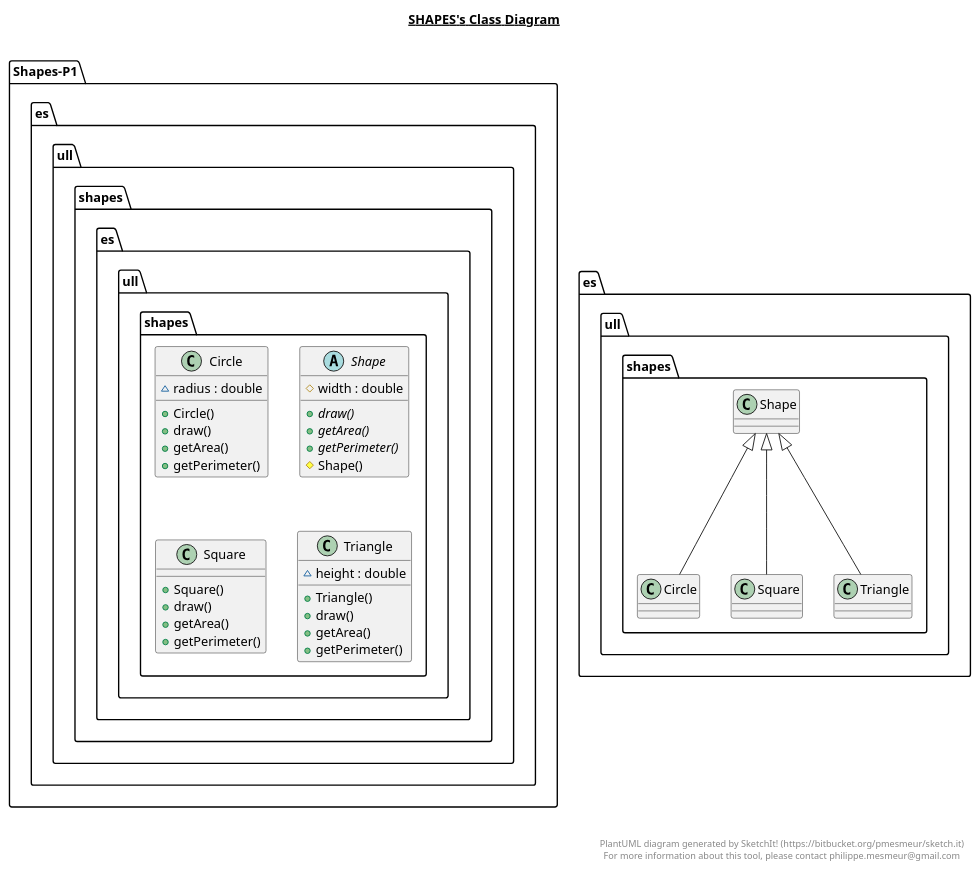
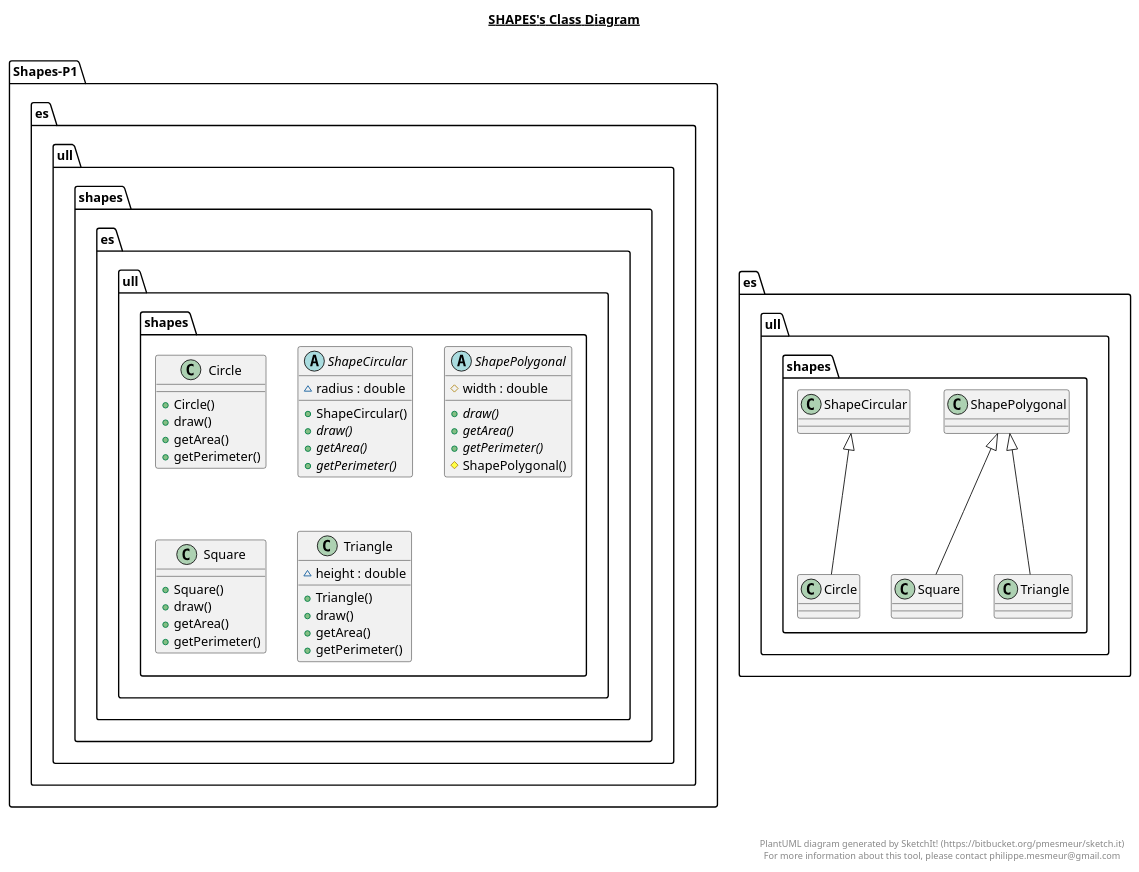
One commit to CelesteLD/P01-DAP-Parte2 changed the diagram in src/es/ull/shapes/shapes.plantuml. Above: the diagram before and after it, drawn with PlantUML. The commit also changed 9 other files, not shown here.

```diff
--- a/src/es/ull/shapes/shapes.plantuml
+++ b/src/es/ull/shapes/shapes.plantuml
@@ -1,68 +1,80 @@
 @startuml
 
 title __SHAPES's Class Diagram__\n
 
   namespace Shapes-P1 {
     namespace es.ull.shapes {
       class es.ull.shapes.Circle {
-          ~ radius : double
           + Circle()
           + draw()
           + getArea()
           + getPerimeter()
       }
     }
   }
   
 
   namespace Shapes-P1 {
     namespace es.ull.shapes {
-      abstract class es.ull.shapes.Shape {
+      abstract class es.ull.shapes.ShapeCircular {
+          ~ radius : double
+          + ShapeCircular()
+          {abstract} + draw()
+          {abstract} + getArea()
+          {abstract} + getPerimeter()
+      }
+    }
+  }
+  
+
+  namespace Shapes-P1 {
+    namespace es.ull.shapes {
+      abstract class es.ull.shapes.ShapePolygonal {
           # width : double
           {abstract} + draw()
           {abstract} + getArea()
           {abstract} + getPerimeter()
-          # Shape()
+          # ShapePolygonal()
       }
     }
   }
   
 
   namespace Shapes-P1 {
     namespace es.ull.shapes {
       class es.ull.shapes.Square {
           + Square()
           + draw()
           + getArea()
           + getPerimeter()
       }
     }
   }
   
 
   namespace Shapes-P1 {
     namespace es.ull.shapes {
       class es.ull.shapes.Triangle {
           ~ height : double
           + Triangle()
           + draw()
           + getArea()
           + getPerimeter()
       }
     }
   }
   
 
-  es.ull.shapes.Circle -up-|> es.ull.shapes.Shape
-  es.ull.shapes.Square -up-|> es.ull.shapes.Shape
-  es.ull.shapes.Triangle -up-|> es.ull.shapes.Shape
+  es.ull.shapes.Circle -up-|> es.ull.shapes.ShapeCircular
+  es.ull.shapes.Square -up-|> es.ull.shapes.ShapePolygonal
+  es.ull.shapes.Triangle -up-|> es.ull.shapes.ShapePolygonal
 
 
 right footer
 
 
 PlantUML diagram generated by SketchIt! (https://bitbucket.org/pmesmeur/sketch.it)
 For more information about this tool, please contact philippe.mesmeur@gmail.com
 endfooter
 
 @enduml
```
